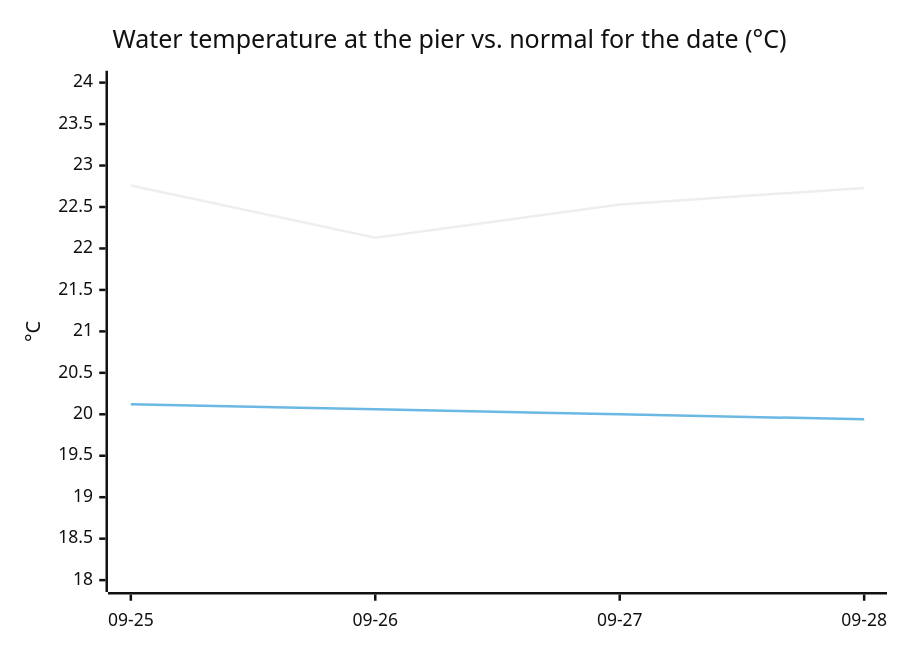
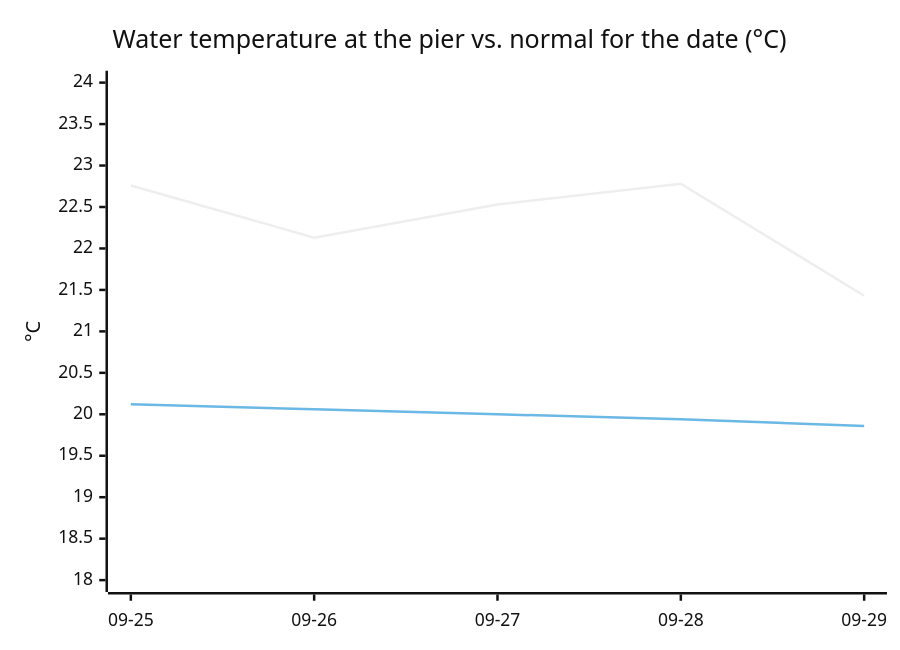
The third of 3 diagrams in README.md (joshuafrommeyer-35/PierTracker), drawn with Mermaid (neutral theme) before and after one commit. The commit also changed other lines of this file and 8 other files, not shown here.

````diff
--- a/README.md
+++ b/README.md
@@ -140,8 +143,8 @@
 ```mermaid
 xychart-beta
     title "Water temperature at the pier vs. normal for the date (°C)"
-    x-axis ["09-25", "09-26", "09-27", "09-28"]
+    x-axis ["09-25", "09-26", "09-27", "09-28", "09-29"]
     y-axis "°C" 18 --> 24
-    line [22.76, 22.13, 22.53, 22.73]
-    line [20.12, 20.06, 20.0, 19.94]
+    line [22.76, 22.13, 22.53, 22.78, 21.43]
+    line [20.12, 20.06, 20.0, 19.94, 19.86]
 ```
````
